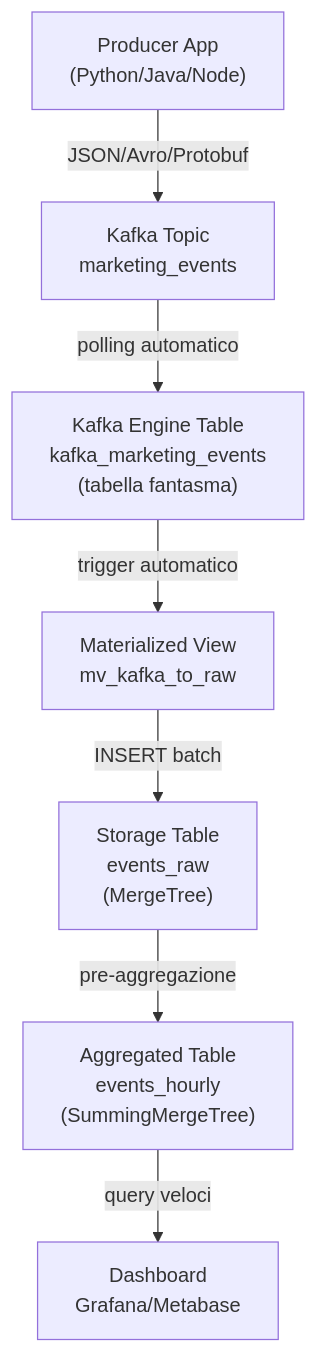
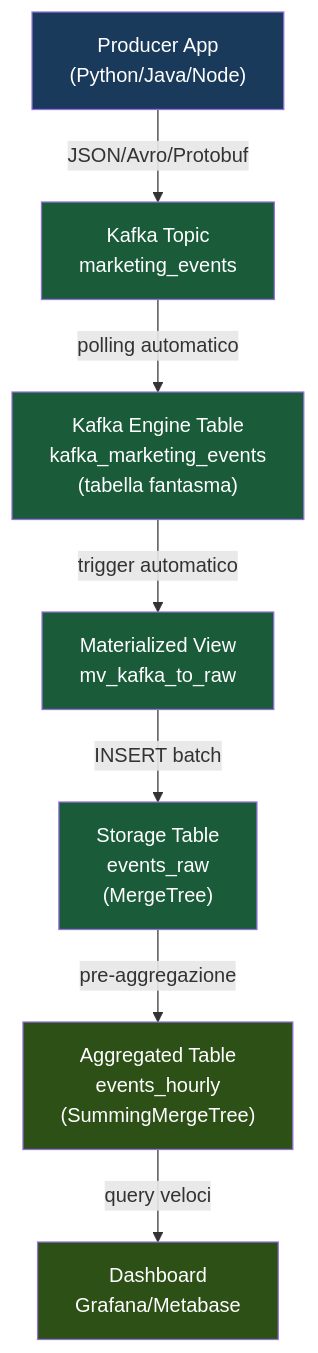
One commit to AndreyBertasini/gynnitech changed the diagram in src/content/corso/kafka-streaming/kafka-clickhouse.mdx. Above: the diagram before and after it, drawn with Mermaid. The commit also changed 21 other files, not shown here.

First line of the commit message:
style: applica color scheme semantico a tutti i diagrammi Mermaid del corso

````diff
--- a/src/content/corso/kafka-streaming/kafka-clickhouse.mdx
+++ b/src/content/corso/kafka-streaming/kafka-clickhouse.mdx
@@ -30,9 +30,16 @@
 ```mermaid
 graph TD
     A["Producer App\n(Python/Java/Node)"] -->|JSON/Avro/Protobuf| B["Kafka Topic\nmarketing_events"]
     B -->|polling automatico| C["Kafka Engine Table\nkafka_marketing_events\n(tabella fantasma)"]
     C -->|trigger automatico| D["Materialized View\nmv_kafka_to_raw"]
     D -->|INSERT batch| E["Storage Table\nevents_raw\n(MergeTree)"]
     E -->|pre-aggregazione| F["Aggregated Table\nevents_hourly\n(SummingMergeTree)"]
     F -->|query veloci| G["Dashboard\nGrafana/Metabase"]
+    style A fill:#1a3a5c,color:#ffffff
+    style B fill:#1a5c3a,color:#ffffff
+    style C fill:#1a5c3a,color:#ffffff
+    style D fill:#1a5c3a,color:#ffffff
+    style E fill:#1a5c3a,color:#ffffff
+    style F fill:#2d5016,color:#ffffff
+    style G fill:#2d5016,color:#ffffff
 ```
````
